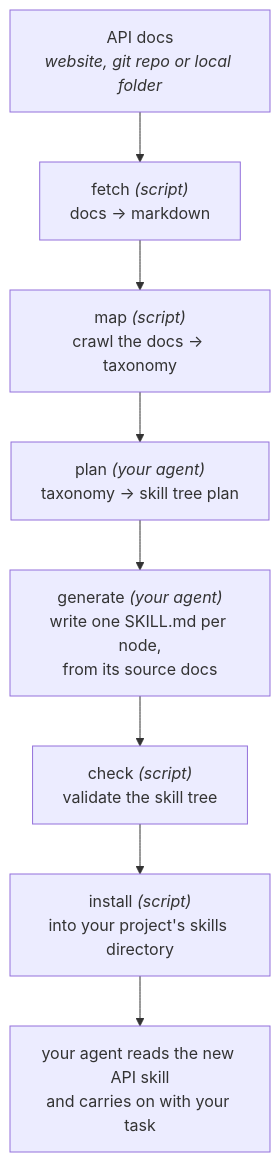
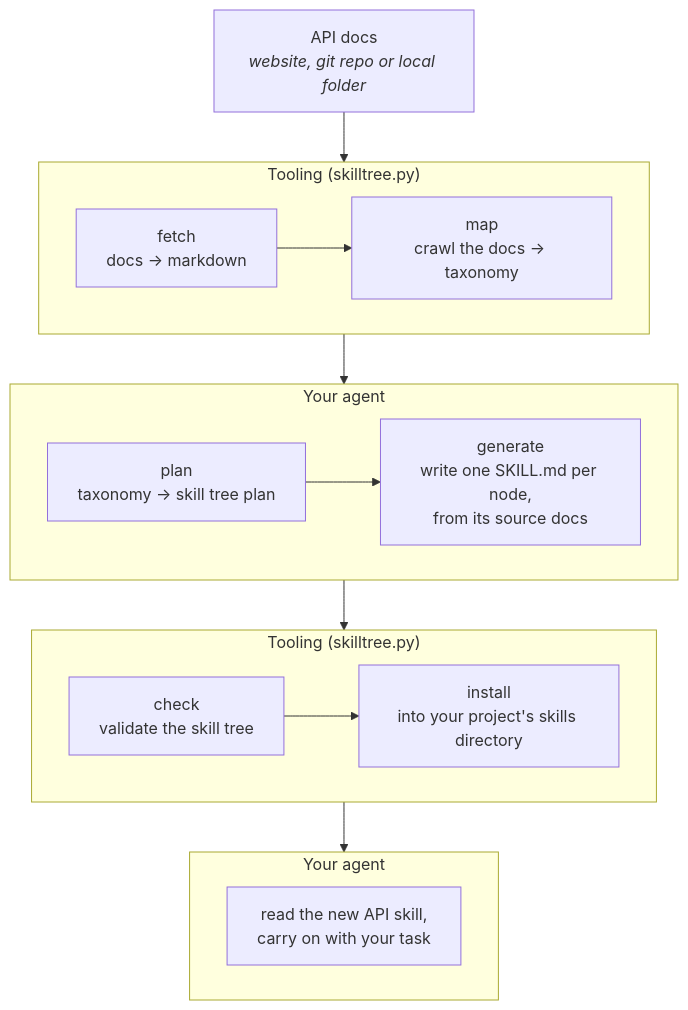
One commit to anteloc/iskills changed the third of 3 diagrams in README.md. Above: the diagram before and after it, drawn with Mermaid.

Commit message:
Qwen 4 - generative flow diagram improvements

````diff
--- a/README.md
+++ b/README.md
@@ -66,10 +66,23 @@
 ```mermaid
 graph TD
-  docs["API docs<br/><i>website, git repo or local folder</i>"] --> fetch["fetch <i>(script)</i><br/>docs → markdown"]
-  fetch --> map["map <i>(script)</i><br/>crawl the docs → taxonomy"]
-  map --> plan["plan <i>(your agent)</i><br/>taxonomy → skill tree plan"]
-  plan --> generate["generate <i>(your agent)</i><br/>write one SKILL.md per node,<br/>from its source docs"]
-  generate --> check["check <i>(script)</i><br/>validate the skill tree"]
-  check --> install["install <i>(script)</i><br/>into your project's skills directory"]
-  install --> use["your agent reads the new API skill<br/>and carries on with your task"]
+  docs["API docs<br/><i>website, git repo or local folder</i>"]
+  subgraph t1["Tooling (skilltree.py)"]
+    direction LR
+    fetch["fetch<br/>docs → markdown"] --> map["map<br/>crawl the docs → taxonomy"]
+  end
+  subgraph a1["Your agent"]
+    direction LR
+    plan["plan<br/>taxonomy → skill tree plan"] --> generate["generate<br/>write one SKILL.md per node,<br/>from its source docs"]
+  end
+  subgraph t2["Tooling (skilltree.py)"]
+    direction LR
+    check["check<br/>validate the skill tree"] --> install["install<br/>into your project's skills directory"]
+  end
+  subgraph a2["Your agent"]
+    use["read the new API skill,<br/>carry on with your task"]
+  end
+  docs --> t1
+  t1 --> a1
+  a1 --> t2
+  t2 --> a2
 ```
````
